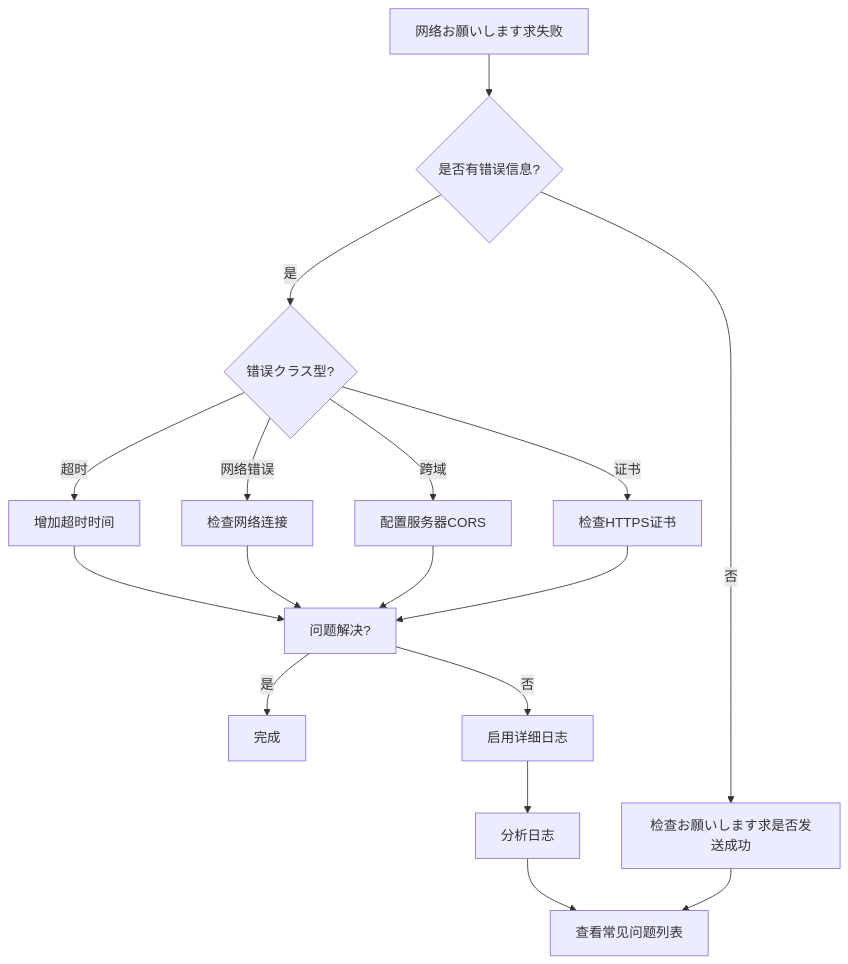
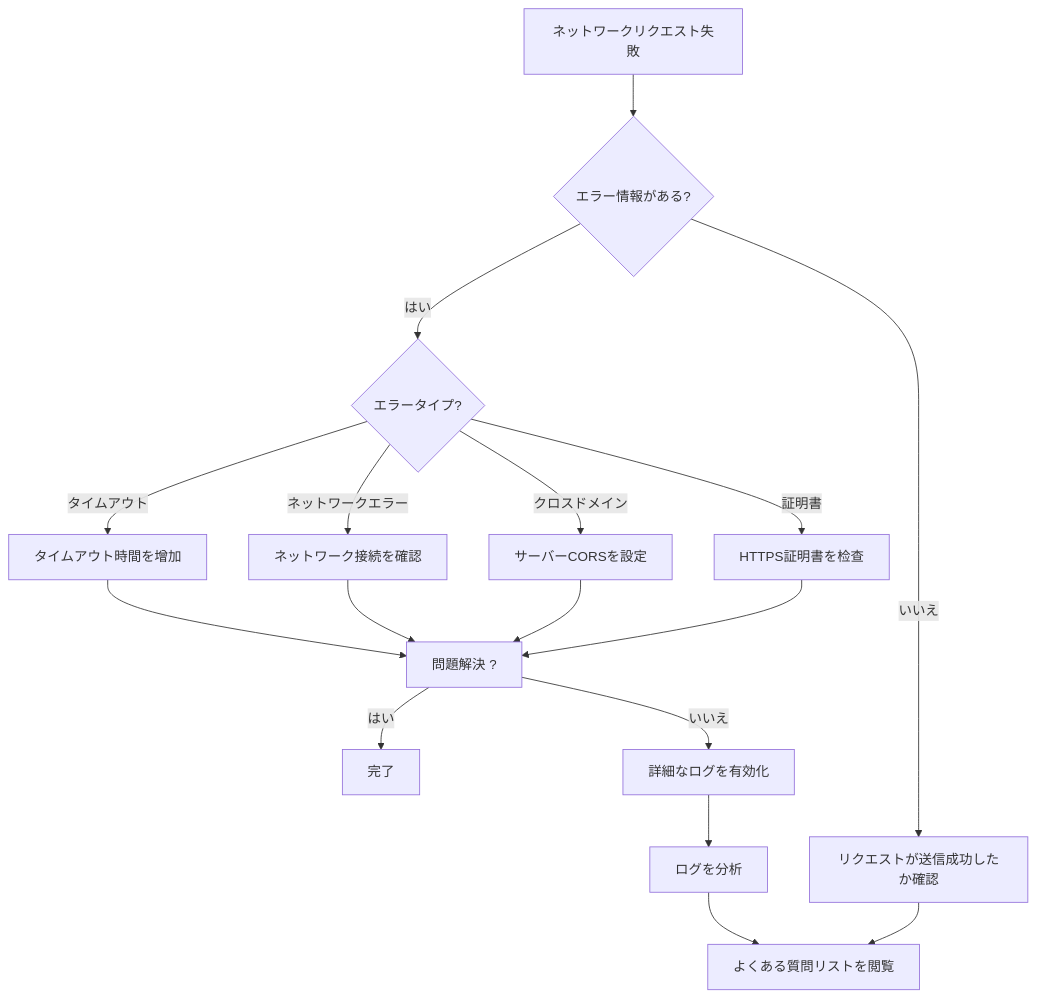
Before and after one commit to AlianBlank/GameFrameX.Docs: the diagram in docs/ja/client/unity/component/web/11.troubleshooting.md, drawn with Mermaid. The commit also changed other lines of this file and 320 other files, not shown here.

````diff
--- a/docs/ja/client/unity/component/web/11.troubleshooting.md
+++ b/docs/ja/client/unity/component/web/11.troubleshooting.md
@@ -403,23 +403,23 @@
 ```mermaid
 flowchart TD
-    A[网络お願いします求失败] --> B{是否有错误信息?}
-    B -->|是| C{错误クラス型?}
-    B -->|否| D[检查お願いします求是否发送成功]
+    A[ネットワークリクエスト失敗] --> B{エラー情報がある?}
+    B -->|はい| C{エラータイプ?}
+    B -->|いいえ| D[リクエストが送信成功したか確認]
     
-    C -->|超时| E[增加超时时间]
-    C -->|网络错误| F[检查网络连接]
-    C -->|跨域| G[配置服务器CORS]
-    C -->|证书| H[检查HTTPS证书]
+    C -->|タイムアウト| E[タイムアウト時間を增加]
+    C -->|ネットワークエラー| F[ネットワーク接続を確認]
+    C -->|クロスドメイン| G[サーバーCORSを設定]
+    C -->|証明書| H[HTTPS証明書を检查]
     
-    E --> I[问题解决?]
+    E --> I[問題解決 ?]
     F --> I
     G --> I
     H --> I
     
-    I -->|是| J[完成]
-    I -->|否| K[启用详细日志]
-    K --> L[分析日志]
-    L --> M[查看常见问题列表]
+    I -->|はい| J[完了]
+    I -->|いいえ| K[詳細なログを有効化]
+    K --> L[ログを分析]
+    L --> M[よくある質問リストを閲覧]
     
     D --> M
 ```
````
